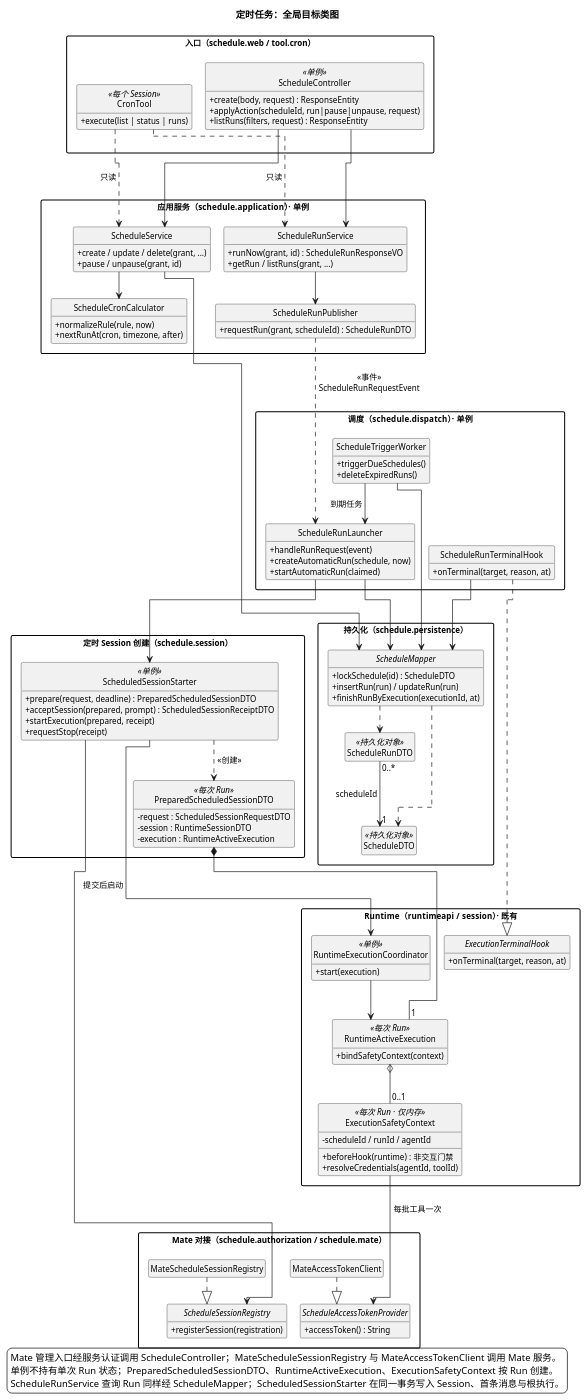
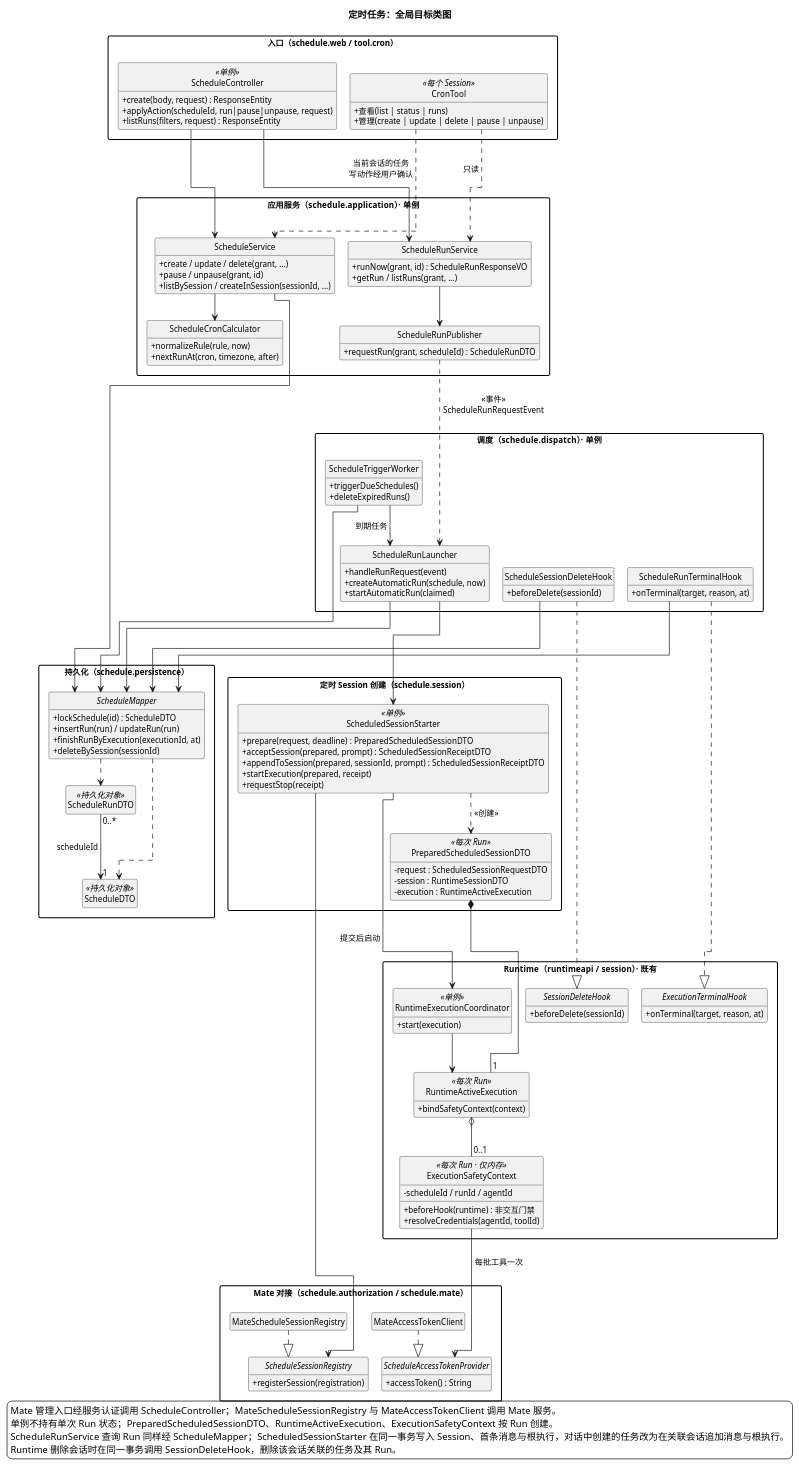
One commit to ssm0808/pi-mono-java-design changed the second of 8 diagrams in 01-总体架构/08-CampusClaw定时任务/diagram.puml. Above: the diagram before and after it, drawn with PlantUML. The commit also changed other lines of this file and 8 other files, not shown here.

First line of the commit message:
docs(schedule): 支持在对话中通过 Cron 工具创建定时任务

```diff
--- a/01-总体架构/08-CampusClaw定时任务/diagram.puml
+++ b/01-总体架构/08-CampusClaw定时任务/diagram.puml
@@ -45,154 +45,168 @@
 @startuml scheduled_task_architecture
 ' 实现：superheromeZzh/pi-mono-java PR #332，codex/scheduled-task-backend bdd3af99，核对日期 2026-10-15。
 ' 源码：modules/coding-agent-cli/src/main/java/com/campusclaw/codingagent/schedule/dispatch/ScheduleRunLauncher.java handleRunRequest、createAutomaticRun、startAutomaticRun。
 ' 源码：modules/coding-agent-cli/src/main/java/com/campusclaw/codingagent/schedule/session/ScheduledSessionStarter.java prepare、acceptSession、startExecution、requestStop。
 ' 源码：modules/coding-agent-cli/src/main/java/com/campusclaw/codingagent/runtimeapi/runtime/RuntimeActiveExecution.java bindSafetyContext。
 ' 源码：modules/coding-agent-cli/src/main/java/com/campusclaw/codingagent/session/ExecutionSafetyContext.java beforeHook、resolveCredentials。
 ' 源码：modules/coding-agent-cli/src/main/java/com/campusclaw/codingagent/schedule/application/ScheduleRunPublisher.java requestRun。
 ' 设计原因：立即运行经进程内事件到达 Run 启动器，避免 Runtime 装配构造依赖环。
 ' 设计原因：服务直接使用 ScheduleMapper 收发 DTO，不另设仓储接口。
-' 产品约束：每次 Run 使用关联的 Agent 定义新建 Session；定时执行非交互。
+' 产品约束：接口配置的任务每次 Run 使用关联的 Agent 定义新建 Session；对话中创建的任务在关联会话追加一轮；定时执行非交互。
+' 目标：CronTool 写动作、会话删除扩展点与 deleteBySession 待实现（README.md 第 3.12、3.13 节）。
 title 定时任务：全局目标类图
 !pragma layout elk
 top to bottom direction
 set separator none
 skinparam backgroundColor white
 skinparam shadowing false
 skinparam defaultFontSize 12
 skinparam classAttributeIconSize 0
 skinparam packageStyle rectangle
 skinparam nodesep 40
 skinparam ranksep 50
 hide empty members
 hide circle
 
 package "入口（schedule.web / tool.cron）" as EntryPkg {
   class ScheduleController <<单例>> {
     + create(body, request) : ResponseEntity
     + applyAction(scheduleId, run|pause|unpause, request)
     + listRuns(filters, request) : ResponseEntity
   }
   class CronTool <<每个 Session>> {
-    + execute(list | status | runs)
+    + 查看(list | status | runs)
+    + 管理(create | update | delete | pause | unpause)
   }
 }
 
 package "应用服务（schedule.application）· 单例" as AppPkg {
   class ScheduleService {
     + create / update / delete(grant, ...)
     + pause / unpause(grant, id)
+    + listBySession / createInSession(sessionId, ...)
   }
   class ScheduleRunService {
     + runNow(grant, id) : ScheduleRunResponseVO
     + getRun / listRuns(grant, ...)
   }
   class ScheduleRunPublisher {
     + requestRun(grant, scheduleId) : ScheduleRunDTO
   }
   class ScheduleCronCalculator {
     + normalizeRule(rule, now)
     + nextRunAt(cron, timezone, after)
   }
 }
 
 package "调度（schedule.dispatch）· 单例" as DispatchPkg {
   class ScheduleTriggerWorker {
     + triggerDueSchedules()
     + deleteExpiredRuns()
   }
   class ScheduleRunLauncher {
     + handleRunRequest(event)
     + createAutomaticRun(schedule, now)
     + startAutomaticRun(claimed)
   }
   class ScheduleRunTerminalHook {
     + onTerminal(target, reason, at)
   }
+  class ScheduleSessionDeleteHook {
+    + beforeDelete(sessionId)
+  }
 }
 
 package "定时 Session 创建（schedule.session）" as StarterPkg {
   class ScheduledSessionStarter <<单例>> {
     + prepare(request, deadline) : PreparedScheduledSessionDTO
     + acceptSession(prepared, prompt) : ScheduledSessionReceiptDTO
+    + appendToSession(prepared, sessionId, prompt) : ScheduledSessionReceiptDTO
     + startExecution(prepared, receipt)
     + requestStop(receipt)
   }
   class PreparedScheduledSessionDTO <<每次 Run>> {
     - request : ScheduledSessionRequestDTO
     - session : RuntimeSessionDTO
     - execution : RuntimeActiveExecution
   }
 }
 
 package "Runtime（runtimeapi / session）· 既有" as RuntimePkg {
   class RuntimeExecutionCoordinator <<单例>> {
     + start(execution)
   }
   class RuntimeActiveExecution <<每次 Run>> {
     + bindSafetyContext(context)
   }
   class ExecutionSafetyContext <<每次 Run · 仅内存>> {
     - scheduleId / runId / agentId
     + beforeHook(runtime) : 非交互门禁
     + resolveCredentials(agentId, toolId)
   }
   interface ExecutionTerminalHook {
     + onTerminal(target, reason, at)
   }
+  interface SessionDeleteHook {
+    + beforeDelete(sessionId)
+  }
 }
 
 package "Mate 对接（schedule.authorization / schedule.mate）" as MatePkg {
   interface ScheduleSessionRegistry {
     + registerSession(registration)
   }
   interface ScheduleAccessTokenProvider {
     + accessToken() : String
   }
   class MateScheduleSessionRegistry
   class MateAccessTokenClient
 }
 
 package "持久化（schedule.persistence）" as PersistPkg {
   interface ScheduleMapper {
     + lockSchedule(id) : ScheduleDTO
     + insertRun(run) / updateRun(run)
     + finishRunByExecution(executionId, at)
+    + deleteBySession(sessionId)
   }
   class ScheduleDTO <<持久化对象>>
   class ScheduleRunDTO <<持久化对象>>
 }
 
 ScheduleController --> ScheduleService
 ScheduleController --> ScheduleRunService
-CronTool ..> ScheduleService : 只读
+CronTool ..> ScheduleService : 当前会话的任务\n写动作经用户确认
 CronTool ..> ScheduleRunService : 只读
 ScheduleService --> ScheduleCronCalculator
 ScheduleRunService --> ScheduleRunPublisher
 ScheduleRunPublisher ..> ScheduleRunLauncher : <<事件>>\nScheduleRunRequestEvent
 ScheduleTriggerWorker --> ScheduleRunLauncher : 到期任务
 ScheduleRunLauncher --> ScheduledSessionStarter
 ScheduledSessionStarter ..> PreparedScheduledSessionDTO : <<创建>>
 PreparedScheduledSessionDTO *-- "1" RuntimeActiveExecution
 RuntimeActiveExecution o-- "0..1" ExecutionSafetyContext
 ScheduledSessionStarter --> RuntimeExecutionCoordinator : 提交后启动
 RuntimeExecutionCoordinator --> RuntimeActiveExecution
 ScheduledSessionStarter --> ScheduleSessionRegistry
 ExecutionSafetyContext --> ScheduleAccessTokenProvider : 每批工具一次
 ScheduleRunTerminalHook ..|> ExecutionTerminalHook
 MateScheduleSessionRegistry ..|> ScheduleSessionRegistry
 MateAccessTokenClient ..|> ScheduleAccessTokenProvider
 ScheduleService --> ScheduleMapper
 ScheduleRunLauncher --> ScheduleMapper
 ScheduleTriggerWorker --> ScheduleMapper
 ScheduleRunTerminalHook --> ScheduleMapper
+ScheduleSessionDeleteHook ..|> SessionDeleteHook
+ScheduleSessionDeleteHook --> ScheduleMapper
 ScheduleMapper ..> ScheduleDTO
 ScheduleMapper ..> ScheduleRunDTO
 ScheduleRunDTO "0..*" --> "1" ScheduleDTO : scheduleId
 
 
 legend bottom left
 Mate 管理入口经服务认证调用 ScheduleController；MateScheduleSessionRegistry 与 MateAccessTokenClient 调用 Mate 服务。
 单例不持有单次 Run 状态；PreparedScheduledSessionDTO、RuntimeActiveExecution、ExecutionSafetyContext 按 Run 创建。
-ScheduleRunService 查询 Run 同样经 ScheduleMapper；ScheduledSessionStarter 在同一事务写入 Session、首条消息与根执行。
+ScheduleRunService 查询 Run 同样经 ScheduleMapper；ScheduledSessionStarter 在同一事务写入 Session、首条消息与根执行，对话中创建的任务改为在关联会话追加消息与根执行。
+Runtime 删除会话时在同一事务调用 SessionDeleteHook，删除该会话关联的任务及其 Run。
 endlegend
 @enduml
```
